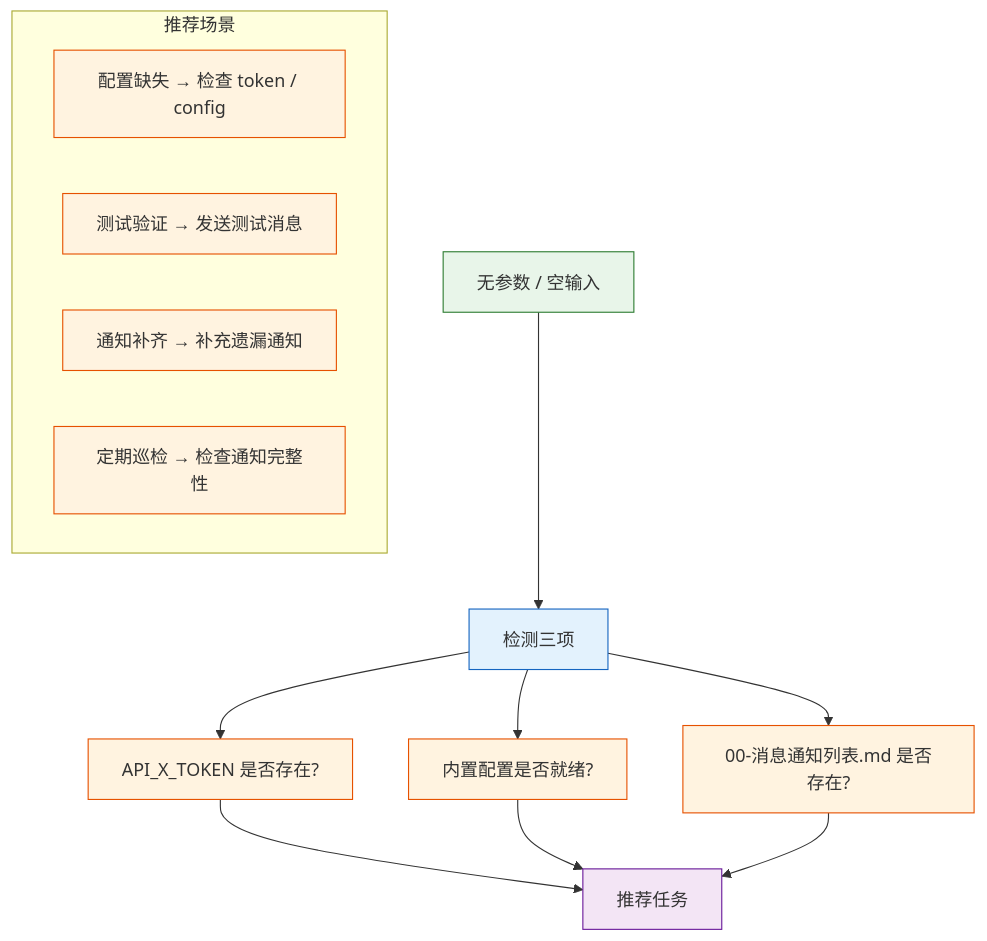
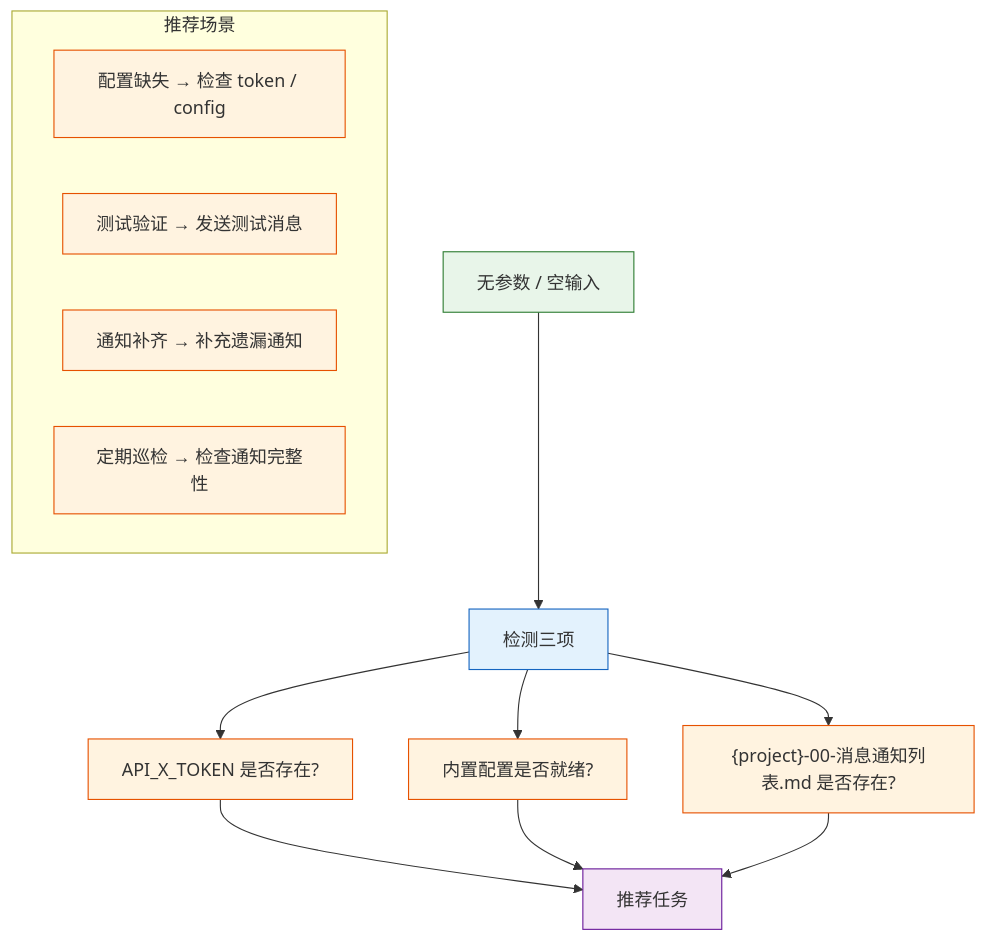
Before and after one commit to effiy/YrY: the tenth of 11 diagrams in skills/wework-bot/SKILL.md, drawn with Mermaid. The commit also changed other lines of this file and 17 other files, not shown here.

````diff
--- a/skills/wework-bot/SKILL.md
+++ b/skills/wework-bot/SKILL.md
@@ -346,22 +346,22 @@
 ```mermaid
 flowchart TD
     EMPTY["无参数 / 空输入"]:::src --> CHECK["检测三项"]:::op
     CHECK --> T1["API_X_TOKEN 是否存在?"]:::check
     CHECK --> T2["内置配置是否就绪?"]:::check
-    CHECK --> T3["00-消息通知列表.md 是否存在?"]:::check
+    CHECK --> T3["{project}-00-消息通知列表.md 是否存在?"]:::check
 
     T1 & T2 & T3 --> RECOMMEND["推荐任务"]:::out
 
     subgraph 推荐["推荐场景"]
         R1["配置缺失 → 检查 token / config"]:::rec
         R2["测试验证 → 发送测试消息"]:::rec
         R3["通知补齐 → 补充遗漏通知"]:::rec
         R4["定期巡检 → 检查通知完整性"]:::rec
     end
 
     classDef src fill:#e8f5e9,stroke:#2e7d32;
     classDef op fill:#e3f2fd,stroke:#1565c0;
     classDef check fill:#fff3e0,stroke:#e65100;
     classDef out fill:#f3e5f5,stroke:#6a1b9a;
     classDef rec fill:#fff3e0,stroke:#e65100;
 ```
````
